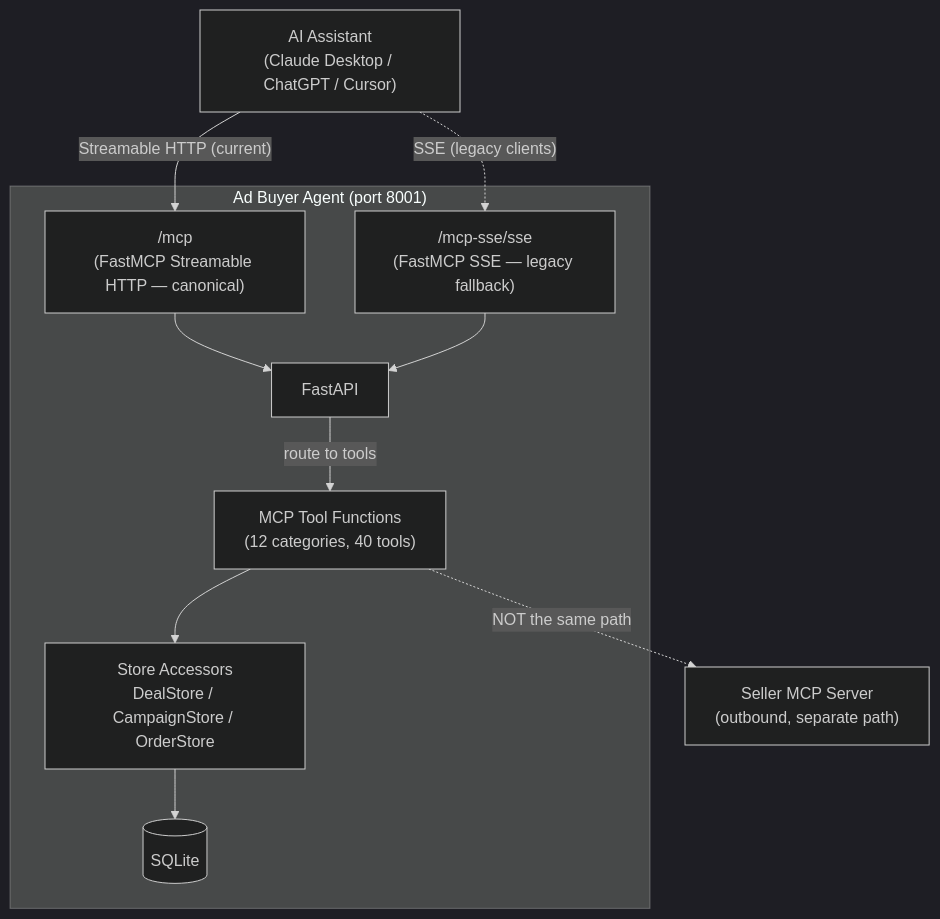
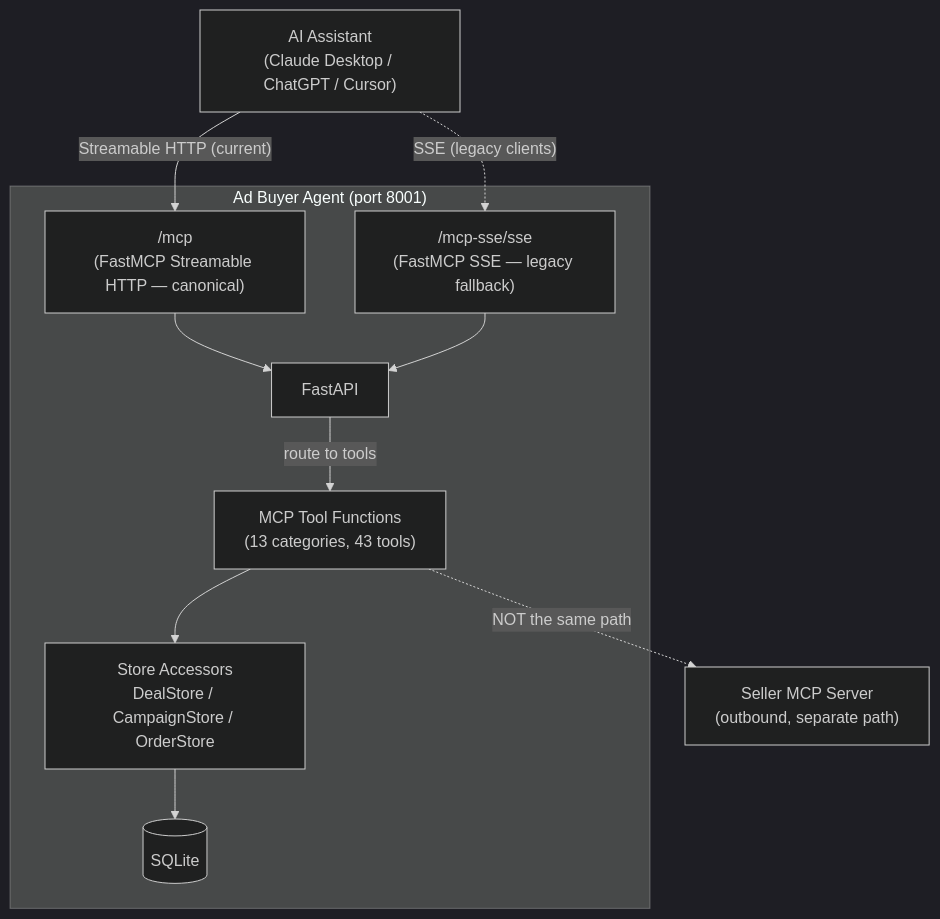
Before and after one commit to IABTechLab/buyer-agent: the diagram in docs/architecture/mcp-server.md, drawn with Mermaid (dark theme). The commit also changed 10 other files, not shown here.

````diff
--- a/docs/architecture/mcp-server.md
+++ b/docs/architecture/mcp-server.md
@@ -116,24 +116,24 @@
 ```mermaid
 graph TB
     AI["AI Assistant<br/>(Claude Desktop / ChatGPT / Cursor)"]
 
     subgraph BuyerAgent["Ad Buyer Agent (port 8001)"]
         FastAPI["FastAPI"]
         StreamableHTTP["/mcp<br/>(FastMCP Streamable HTTP — canonical)"]
         SSE["/mcp-sse/sse<br/>(FastMCP SSE — legacy fallback)"]
-        Tools["MCP Tool Functions<br/>(12 categories, 40 tools)"]
+        Tools["MCP Tool Functions<br/>(13 categories, 43 tools)"]
         Stores["Store Accessors<br/>DealStore / CampaignStore / OrderStore"]
         DB[(SQLite)]
     end
 
     SellerMCP["Seller MCP Server<br/>(outbound, separate path)"]
 
     AI -->|"Streamable HTTP (current)"| StreamableHTTP
     AI -.->|"SSE (legacy clients)"| SSE
     StreamableHTTP --> FastAPI
     SSE --> FastAPI
     FastAPI -->|"route to tools"| Tools
     Tools --> Stores
     Stores --> DB
     Tools -.->|"NOT the same path"| SellerMCP
 ```
````
